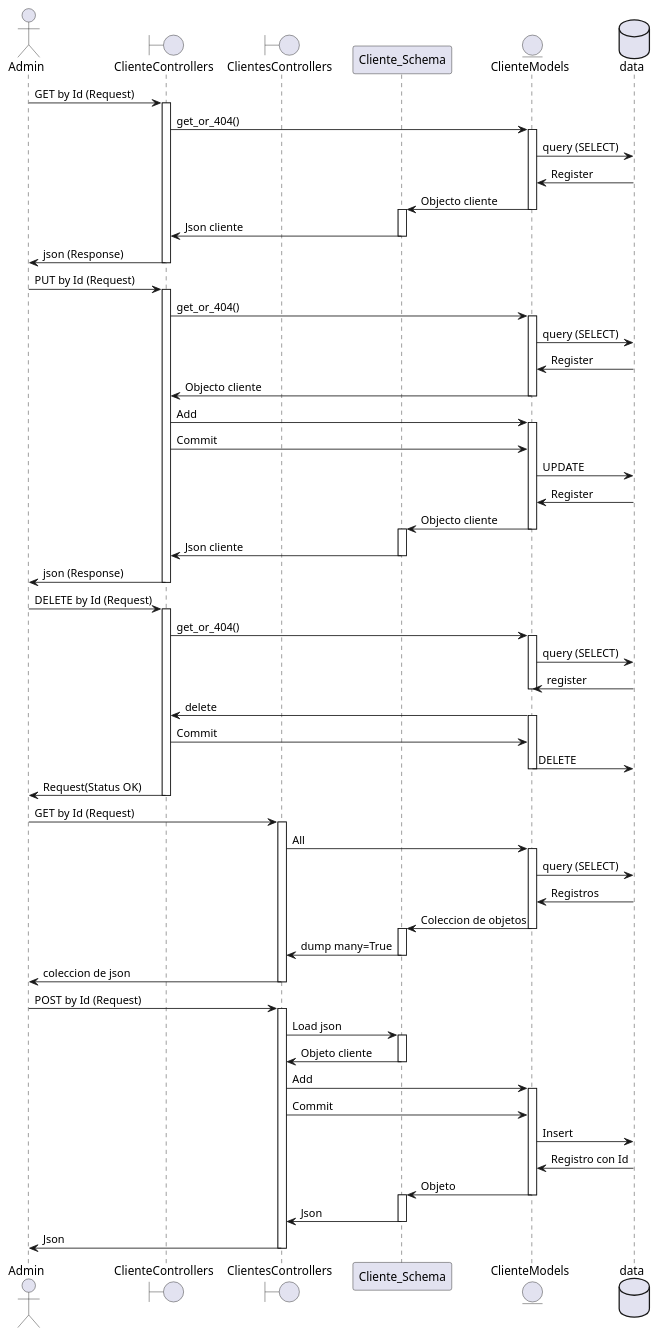
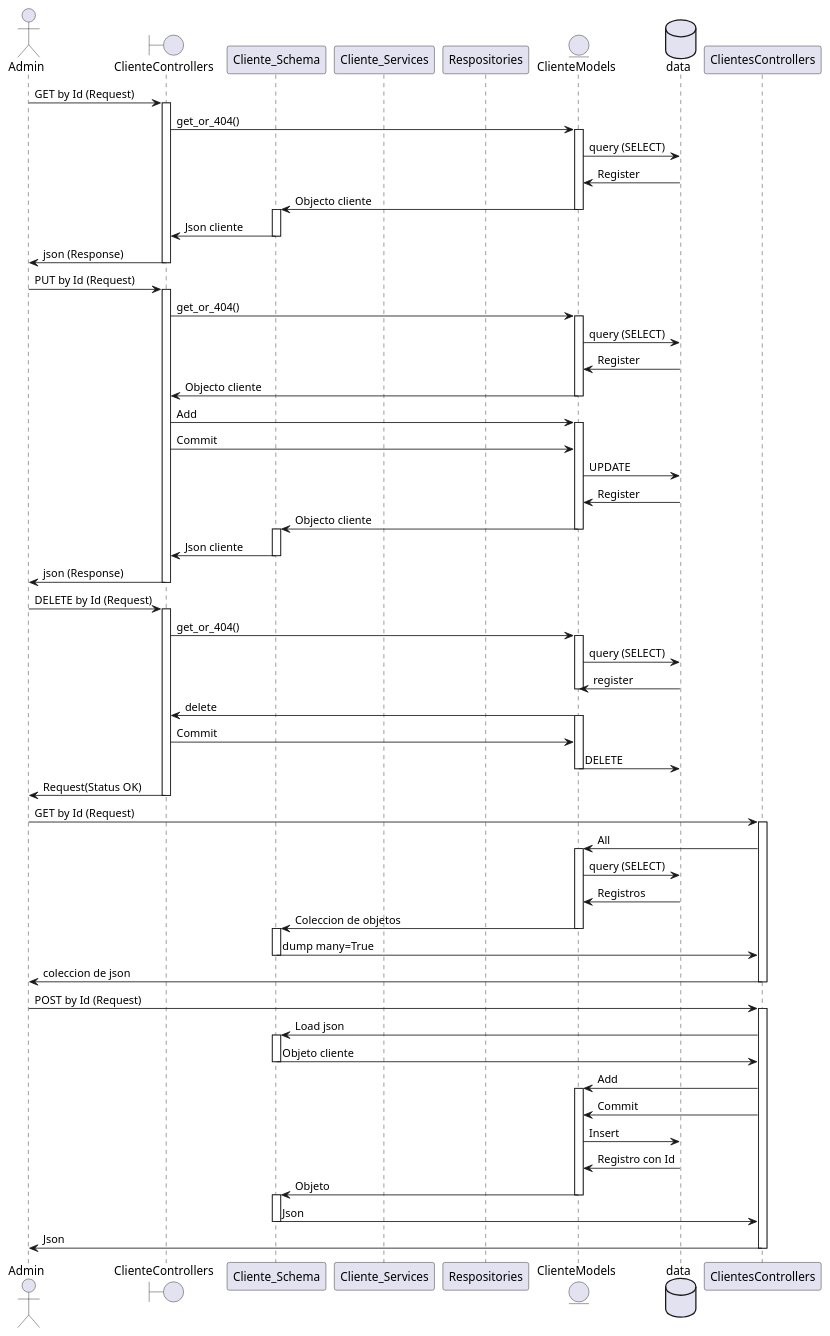
The diagram in docs/diagrama_secuencia_cliente.puml (DelfinaQuinteros/Bookmaker-DS), drawn with PlantUML before and after one commit. The commit also changed 7 other files, not shown here.

```diff
--- a/docs/diagrama_secuencia_cliente.puml
+++ b/docs/diagrama_secuencia_cliente.puml
@@ -1,91 +1,93 @@
 @startuml
 actor Admin
 boundary ClienteControllers
-boundary ClientesControllers
 participant Cliente_Schema
+participant Cliente_Services
+participant Respositories
 entity ClienteModels
 database data
 
 Admin -> ClienteControllers: GET by Id (Request)
 activate ClienteControllers
 ClienteControllers -> ClienteModels: get_or_404()
 activate ClienteModels
 ClienteModels -> data: query (SELECT)
 ClienteModels <- data: Register
 Cliente_Schema <- ClienteModels: Objecto cliente
 deactivate ClienteModels
 activate Cliente_Schema
 ClienteControllers <- Cliente_Schema: Json cliente
 deactivate Cliente_Schema
 Admin <- ClienteControllers: json (Response)
 deactivate ClienteControllers
 
 Admin -> ClienteControllers: PUT by Id (Request)
 activate ClienteControllers
 ClienteControllers -> ClienteModels: get_or_404()
 activate ClienteModels
 ClienteModels -> data: query (SELECT)
 ClienteModels <- data: Register
 ClienteControllers <- ClienteModels: Objecto cliente
 deactivate ClienteModels
 ClienteControllers -> ClienteModels: Add
 activate ClienteModels
 ClienteControllers -> ClienteModels: Commit
 ClienteModels -> data: UPDATE
 ClienteModels <- data: Register
 Cliente_Schema <- ClienteModels: Objecto cliente
 deactivate ClienteModels
 activate Cliente_Schema
 ClienteControllers <- Cliente_Schema: Json cliente
 deactivate Cliente_Schema
 Admin <- ClienteControllers: json (Response)
 deactivate ClienteControllers
 
 Admin -> ClienteControllers: DELETE by Id (Request)
 activate ClienteControllers
 ClienteControllers-> ClienteModels: get_or_404()
 activate ClienteModels
 ClienteModels -> data: query (SELECT)
 ClienteModels <- data: register
 deactivate ClienteModels
 ClienteControllers <- ClienteModels: delete
 activate ClienteModels
 ClienteControllers -> ClienteModels: Commit
 ClienteModels -> data: DELETE
 deactivate ClienteModels
 Admin <- ClienteControllers: Request(Status OK)
 deactivate ClienteControllers
 
 Admin -> ClientesControllers: GET by Id (Request)
 activate ClientesControllers
 ClientesControllers -> ClienteModels: All
 activate ClienteModels
 ClienteModels -> data: query (SELECT)
 ClienteModels <- data: Registros
 Cliente_Schema <- ClienteModels: Coleccion de objetos
 deactivate ClienteModels
 activate Cliente_Schema
 ClientesControllers <- Cliente_Schema: dump many=True
 deactivate Cliente_Schema
 Admin <- ClientesControllers: coleccion de json
 deactivate ClientesControllers
 
 Admin -> ClientesControllers: POST by Id (Request)
 activate ClientesControllers
 ClientesControllers -> Cliente_Schema: Load json
 activate Cliente_Schema
 ClientesControllers <- Cliente_Schema: Objeto cliente
 deactivate Cliente_Schema
 ClientesControllers -> ClienteModels: Add
 activate ClienteModels
 ClientesControllers -> ClienteModels: Commit
 ClienteModels -> data: Insert
 ClienteModels <- data: Registro con Id
 Cliente_Schema <- ClienteModels: Objeto
 deactivate ClienteModels
 activate Cliente_Schema
 ClientesControllers <- Cliente_Schema: Json
 deactivate Cliente_Schema
 Admin <- ClientesControllers: Json
 deactivate ClientesControllers
+
 @enduml
```
